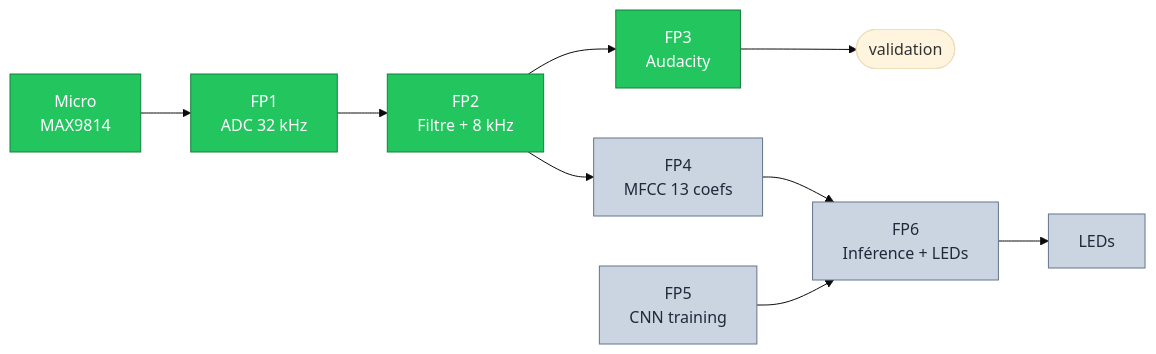
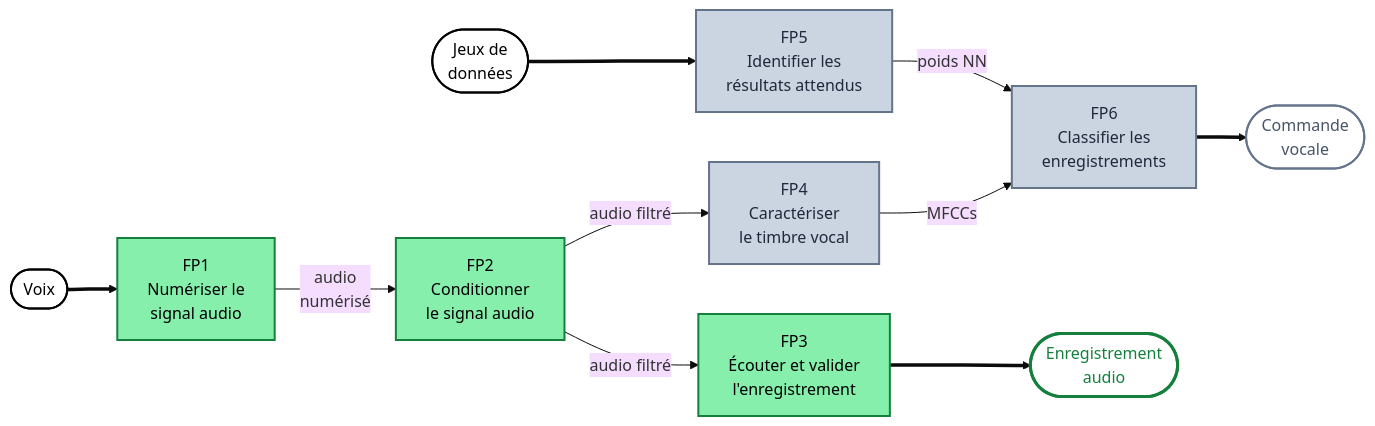
Before and after one commit to gascar9/NeuralSpeech: the diagram in slides/pages/02-architecture.md, drawn with Mermaid (base theme). The commit also changed other lines of this file and 1 other file, not shown here.

Commit message:
fix(slides): diagramme fonctionnel conforme au sujet officiel
Le slide 03 montrait un "pipeline" simplifié au lieu du diagramme
fonctionnel attendu par le barème (page 4 du sujet NeuralSpeech).

Refonte avec la structure officielle :
  - 2 ENTRÉES : Voix · Jeux de données
  - 6 FP en boîtes connectées par flèches étiquetées :
      "audio numérisé" (FP1→FP2)
      "audio filtré" (FP2→FP3 et FP2→FP4)
      "MFCCs" (FP4→FP6)
      "poids NN" (FP5→FP6)
  - 2 SORTIES : Enregistrement audio (FP3) · Commande vocale (FP6)
  - Code couleur vert/gris : ce qui est validé S1 vs S2

Adresse explicitement le critère "Concevoir un diagramme fonctionnel
pertinent" du bloc évaluation 20%.

````diff
--- a/slides/pages/02-architecture.md
+++ b/slides/pages/02-architecture.md
@@ -9,14 +7,20 @@
-```mermaid {scale: 0.85}
+```mermaid {scale: 0.7}
 flowchart LR
-  MIC[Micro<br>MAX9814]:::done --> FP1
-  FP1[FP1<br>ADC 32 kHz]:::done --> FP2
-  FP2[FP2<br>Filtre + 8 kHz]:::done --> FP3
-  FP2 --> FP4
-  FP3[FP3<br>Audacity]:::done --> CHECK([validation])
-  FP4[FP4<br>MFCC 13 coefs]:::todo --> FP6
-  FP5[FP5<br>CNN training]:::todo --> FP6
-  FP6[FP6<br>Inférence + LEDs]:::todo --> OUT[LEDs]:::todo
+  VOIX([Voix]):::io ==> FP1
+  DATA([Jeux de<br>données]):::io ==> FP5
 
-  classDef done fill:#22c55e,stroke:#15803d,color:#fff
-  classDef todo fill:#cbd5e1,stroke:#64748b,color:#1e293b
+  FP1[FP1<br>Numériser le<br>signal audio]:::done -->|audio<br>numérisé| FP2[FP2<br>Conditionner<br>le signal audio]:::done
+  FP2 -->|audio filtré| FP3[FP3<br>Écouter et valider<br>l'enregistrement]:::done
+  FP2 -->|audio filtré| FP4[FP4<br>Caractériser<br>le timbre vocal]:::todo
+  FP4 -->|MFCCs| FP6[FP6<br>Classifier les<br>enregistrements]:::todo
+  FP5[FP5<br>Identifier les<br>résultats attendus]:::todo -->|poids NN| FP6
+
+  FP3 ==> AUDIO([Enregistrement<br>audio]):::out_done
+  FP6 ==> CMD([Commande<br>vocale]):::out_todo
+
+  classDef io fill:#fff,stroke:#000,stroke-width:2px,color:#000
+  classDef done fill:#86efac,stroke:#15803d,color:#000,stroke-width:2px
+  classDef todo fill:#cbd5e1,stroke:#64748b,color:#1e293b,stroke-width:2px
+  classDef out_done fill:#fff,stroke:#15803d,stroke-width:3px,color:#15803d
+  classDef out_todo fill:#fff,stroke:#64748b,stroke-width:2px,color:#475569
 ```
````
